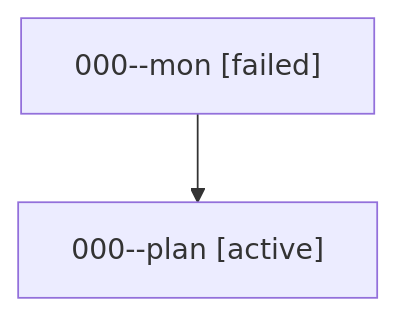
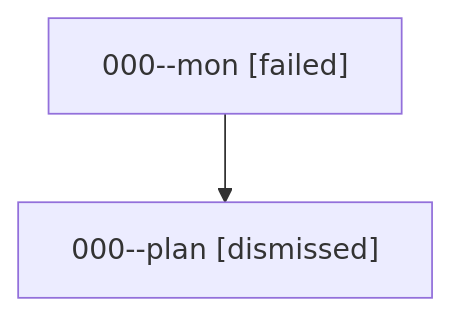
The diagram in sessions/bbugyi200.athena.000.md (sase-org/sase--agents), drawn with Mermaid before and after one commit. The commit also changed other lines of this file and 38 other files, not shown here.

````diff
--- a/sessions/bbugyi200.athena.000.md
+++ b/sessions/bbugyi200.athena.000.md
@@ -9,6 +9,6 @@
 ```mermaid
 flowchart TD
   n0["000--mon [failed]"]
-  n1["000--plan [active]"]
+  n1["000--plan [dismissed]"]
   n0 --> n1
 ```
````
